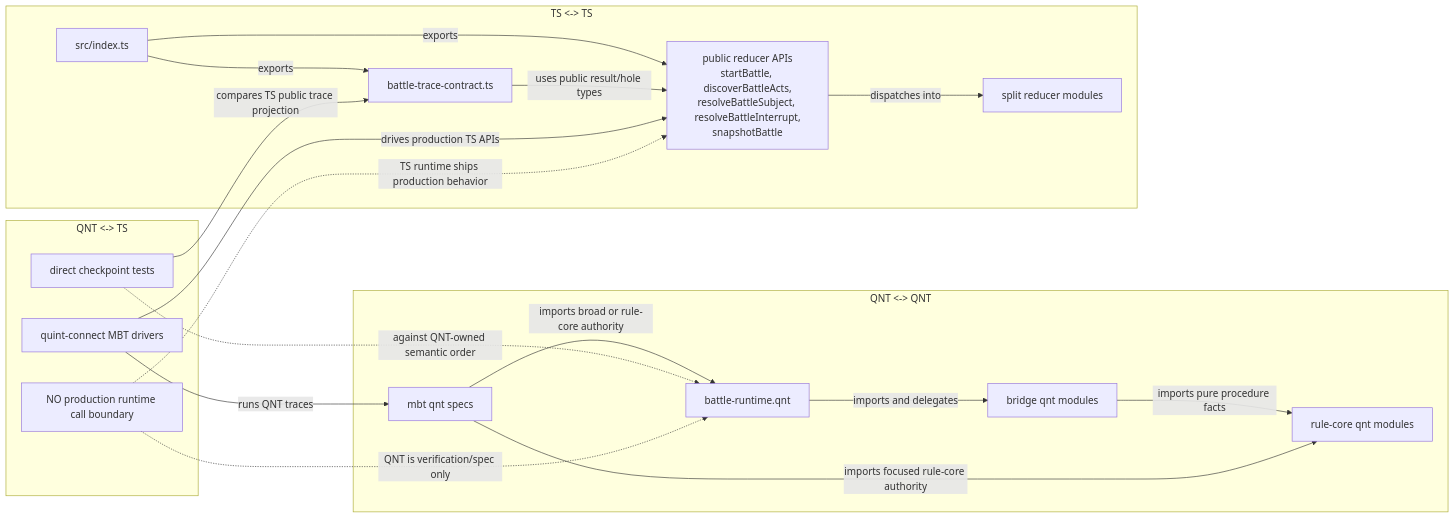
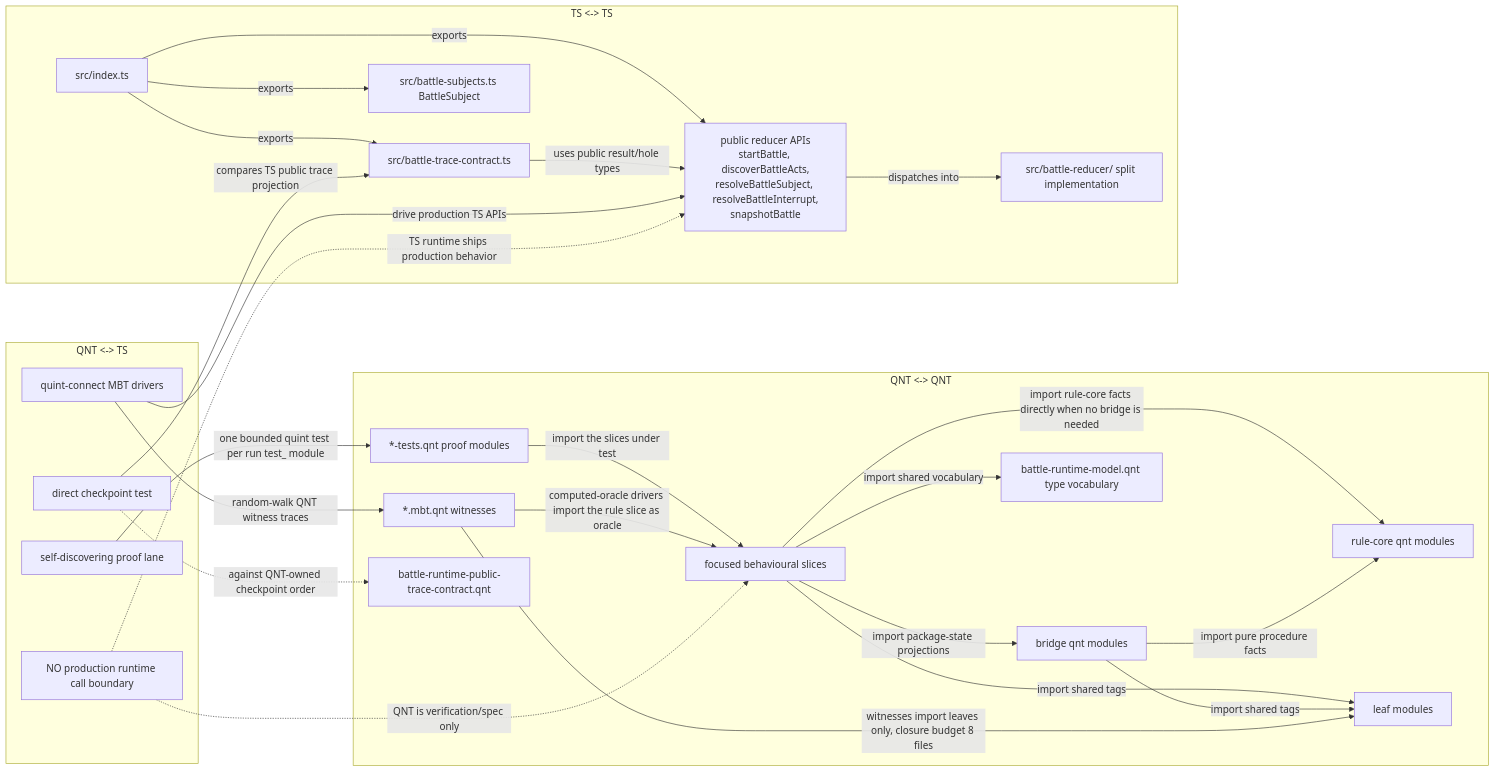
Before and after one commit to dearlordylord/5e-quint: the second of 4 diagrams in plans/BATTLE_RUNTIME_QNT_TS_CONNECTIVITY.md, drawn with Mermaid. The commit also changed other lines of this file and 1 other file, not shown here.

First line of the commit message:
Regenerate battle-runtime QNT/TS connectivity map for the slice forest

````diff
--- a/plans/BATTLE_RUNTIME_QNT_TS_CONNECTIVITY.md
+++ b/plans/BATTLE_RUNTIME_QNT_TS_CONNECTIVITY.md
@@ -127,36 +158,49 @@
 ```mermaid
 flowchart LR
   subgraph QNTQNT["QNT <-> QNT"]
-    Q1["battle-runtime.qnt"]
+    QS["focused behavioural slices"]
     QB["bridge qnt modules"]
     QC["rule-core qnt modules"]
-    QM["mbt qnt specs"]
-    Q1 -->|"imports and delegates"| QB
-    QB -->|"imports pure procedure facts"| QC
-    QM -->|"imports broad or rule-core authority"| Q1
-    QM -->|"imports focused rule-core authority"| QC
+    QV["battle-runtime-model.qnt type vocabulary"]
+    QL["leaf modules"]
+    QT["*-tests.qnt proof modules"]
+    QM["*.mbt.qnt witnesses"]
+    QPT["battle-runtime-public-trace-contract.qnt"]
+    QS -->|"import package-state projections"| QB
+    QS -->|"import rule-core facts directly when no bridge is needed"| QC
+    QS -->|"import shared vocabulary"| QV
+    QS -->|"import shared tags"| QL
+    QB -->|"import pure procedure facts"| QC
+    QB -->|"import shared tags"| QL
+    QT -->|"import the slices under test"| QS
+    QM -->|"witnesses import leaves only, closure budget 8 files"| QL
+    QM -->|"computed-oracle drivers import the rule slice as oracle"| QS
   end
 
   subgraph TSTS["TS <-> TS"]
     T0["src/index.ts"]
     T1["public reducer APIs<br/>startBattle, discoverBattleActs,<br/>resolveBattleSubject, resolveBattleInterrupt,<br/>snapshotBattle"]
-    T2["split reducer modules"]
-    T3["battle-trace-contract.ts"]
+    T2["src/battle-reducer/ split implementation"]
+    T3["src/battle-trace-contract.ts"]
+    T4["src/battle-subjects.ts BattleSubject"]
     T0 -->|"exports"| T1
     T0 -->|"exports"| T3
+    T0 -->|"exports"| T4
     T1 -->|"dispatches into"| T2
     T3 -->|"uses public result/hole types"| T1
   end
 
   subgraph QNTTS["QNT <-> TS"]
     X1["quint-connect MBT drivers"]
-    X2["direct checkpoint tests"]
-    X3["NO production runtime call boundary"]
-    X1 -->|"runs QNT traces"| QM
-    X1 -->|"drives production TS APIs"| T1
-    X2 -->|"compares TS public trace projection"| T3
-    X2 -.->|"against QNT-owned semantic order"| Q1
-    X3 -.->|"QNT is verification/spec only"| Q1
-    X3 -.->|"TS runtime ships production behavior"| T1
+    X2["self-discovering proof lane"]
+    X3["direct checkpoint test"]
+    X4["NO production runtime call boundary"]
+    X1 -->|"random-walk QNT witness traces"| QM
+    X1 -->|"drive production TS APIs"| T1
+    X2 -->|"one bounded quint test per run test_ module"| QT
+    X3 -->|"compares TS public trace projection"| T3
+    X3 -.->|"against QNT-owned checkpoint order"| QPT
+    X4 -.->|"QNT is verification/spec only"| QS
+    X4 -.->|"TS runtime ships production behavior"| T1
   end
 ```
````
